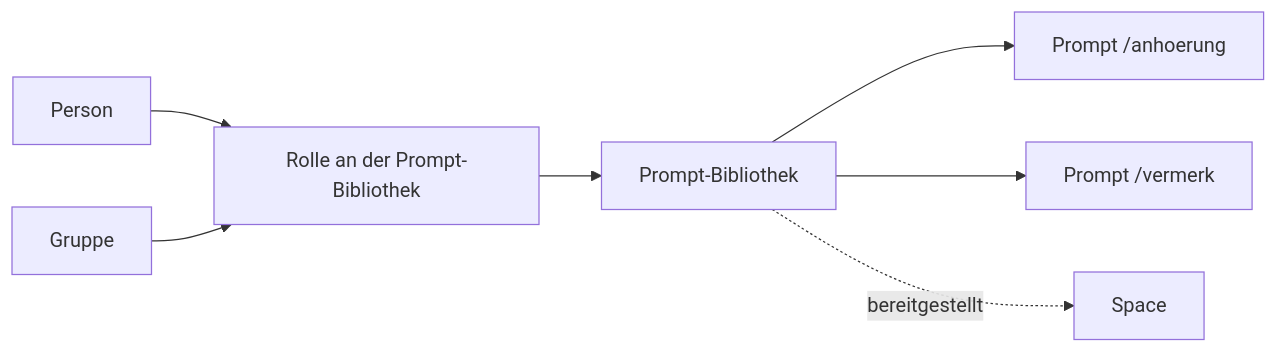
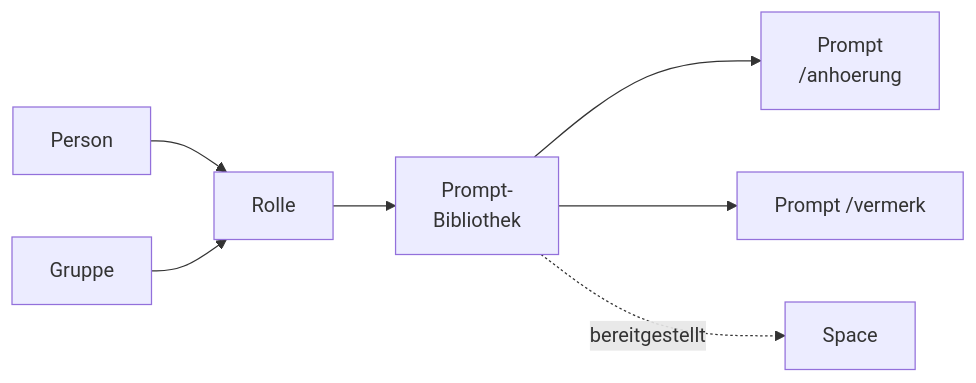
One commit to criew/opaa changed the diagram in docs/handbuch/prompt-bibliotheken.md. Above: the diagram before and after it, drawn with Mermaid. The commit also changed 11 other files, not shown here.

First line of the commit message:
docs(handbuch): Mermaid-Knoten mit kurzen Zeilen

````diff
--- a/docs/handbuch/prompt-bibliotheken.md
+++ b/docs/handbuch/prompt-bibliotheken.md
@@ -26,9 +26,9 @@
 ```mermaid
 flowchart LR
-    P[Person] --> R[Rolle an der Prompt-Bibliothek]
+    P[Person] --> R[Rolle]
     G[Gruppe] --> R
-    R --> B[Prompt-Bibliothek]
-    B --> PR1[Prompt /anhoerung]
+    R --> B[Prompt-<br/>Bibliothek]
+    B --> PR1[Prompt<br/>/anhoerung]
     B --> PR2[Prompt /vermerk]
     B -. bereitgestellt .-> S[Space]
 ```
````
